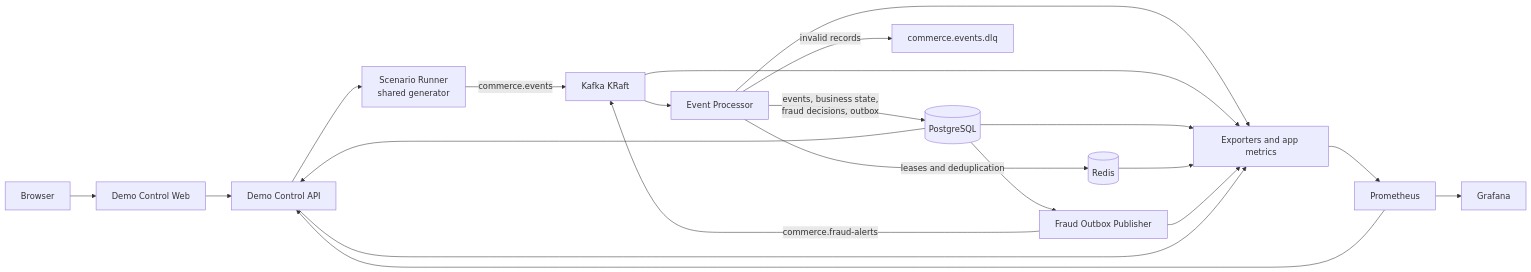
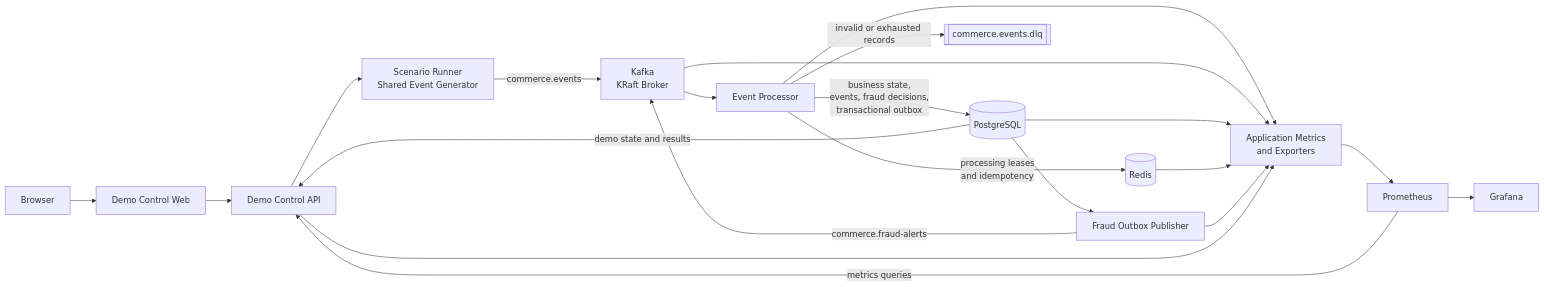
One commit to negativexq/real-time-commerce-platform changed the diagram in README.md. Above: the diagram before and after it, drawn with Mermaid. The commit also changed other lines of this file, not shown here.

````diff
--- a/README.md
+++ b/README.md
@@ -157,23 +164,30 @@
 ```mermaid
 flowchart LR
     B[Browser] --> W[Demo Control Web]
     W --> A[Demo Control API]
-    A --> G[Scenario Runner<br/>shared generator]
-    G -->|commerce.events| K[Kafka KRaft]
+
+    A --> G[Scenario Runner<br/>Shared Event Generator]
+    G -->|commerce.events| K[Kafka<br/>KRaft Broker]
+
     K --> P[Event Processor]
-    P -->|leases and deduplication| R[(Redis)]
-    P -->|events, business state,<br/>fraud decisions, outbox| DB[(PostgreSQL)]
-    P -->|invalid records| D[commerce.events.dlq]
+
+    P -->|processing leases<br/>and idempotency| R[(Redis)]
+    P -->|business state,<br/>events, fraud decisions,<br/>transactional outbox| DB[(PostgreSQL)]
+    P -->|invalid or exhausted records| D[[commerce.events.dlq]]
+
     DB --> O[Fraud Outbox Publisher]
     O -->|commerce.fraud-alerts| K
-    X[Exporters and app metrics] --> M[Prometheus]
-    P --> X
+
+    P --> X[Application Metrics<br/>and Exporters]
     K --> X
     DB --> X
     R --> X
     O --> X
     A --> X
+
+    X --> M[Prometheus]
     M --> GF[Grafana]
-    DB --> A
-    M --> A
+
+    DB -->|demo state and results| A
+    M -->|metrics queries| A
 ```
````
